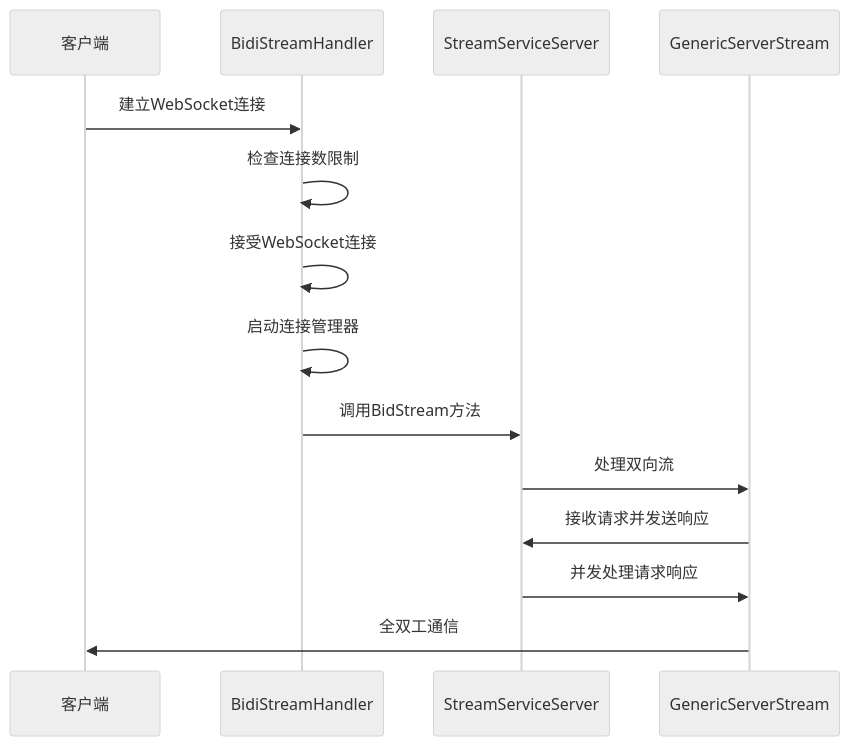
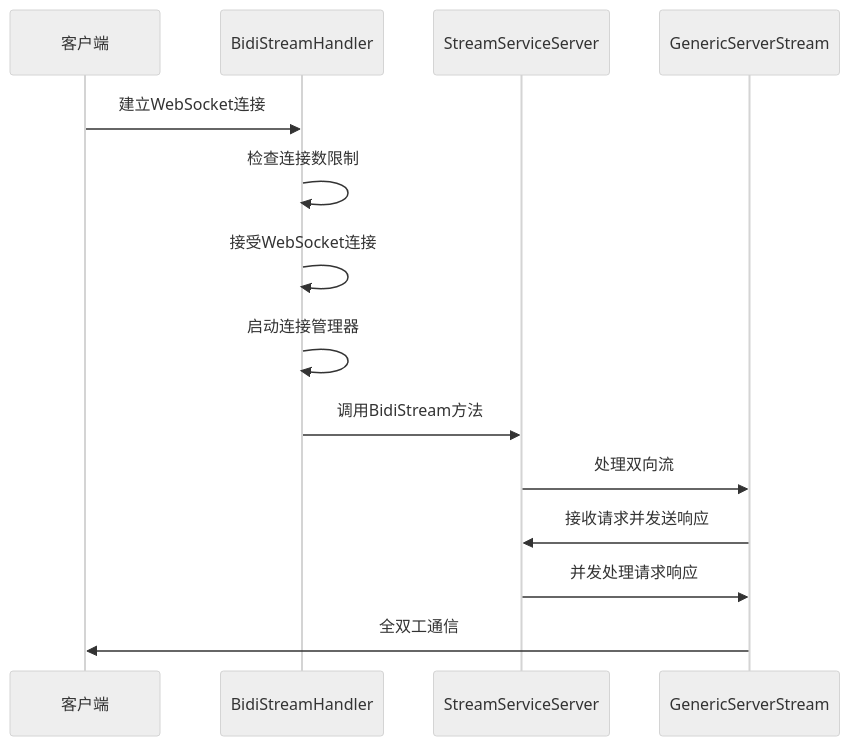
Diagram 14 of 15 in .agents/repowiki/zh/content/示例和最佳实践/WebSocket流式系统.md (soyacen/goose), drawn with Mermaid (neutral theme) before and after one commit. The commit also changed other lines of this file and 5 other files, not shown here.

````diff
--- a/.agents/repowiki/zh/content/示例和最佳实践/WebSocket流式系统.md
+++ b/.agents/repowiki/zh/content/示例和最佳实践/WebSocket流式系统.md
@@ -557,16 +558,16 @@
 ```mermaid
 sequenceDiagram
 participant Client as 客户端
 participant Handler as BidiStreamHandler
 participant Service as StreamServiceServer
 participant Stream as GenericServerStream
 Client->>Handler : 建立WebSocket连接
 Handler->>Handler : 检查连接数限制
 Handler->>Handler : 接受WebSocket连接
 Handler->>Handler : 启动连接管理器
-Handler->>Service : 调用BidStream方法
+Handler->>Service : 调用BidiStream方法
 Service->>Stream : 处理双向流
 Stream->>Service : 接收请求并发送响应
 Service->>Stream : 并发处理请求响应
 Stream->>Client : 全双工通信
 ```
````
